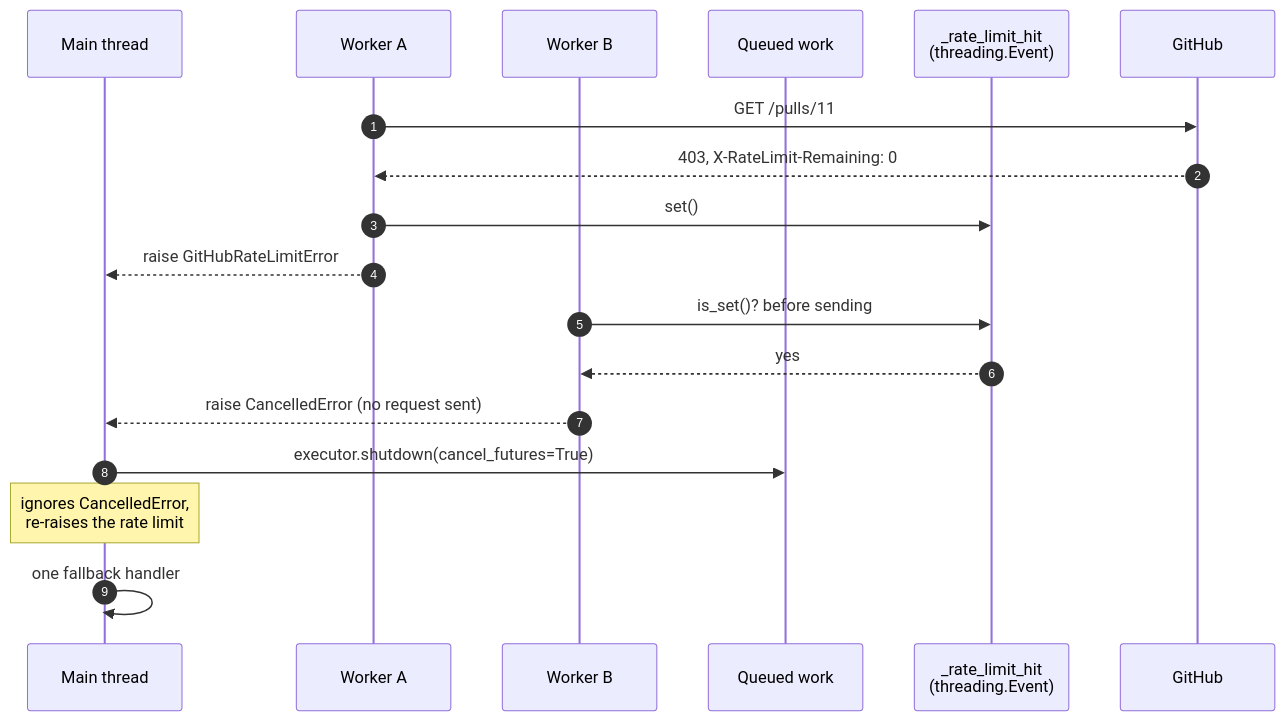
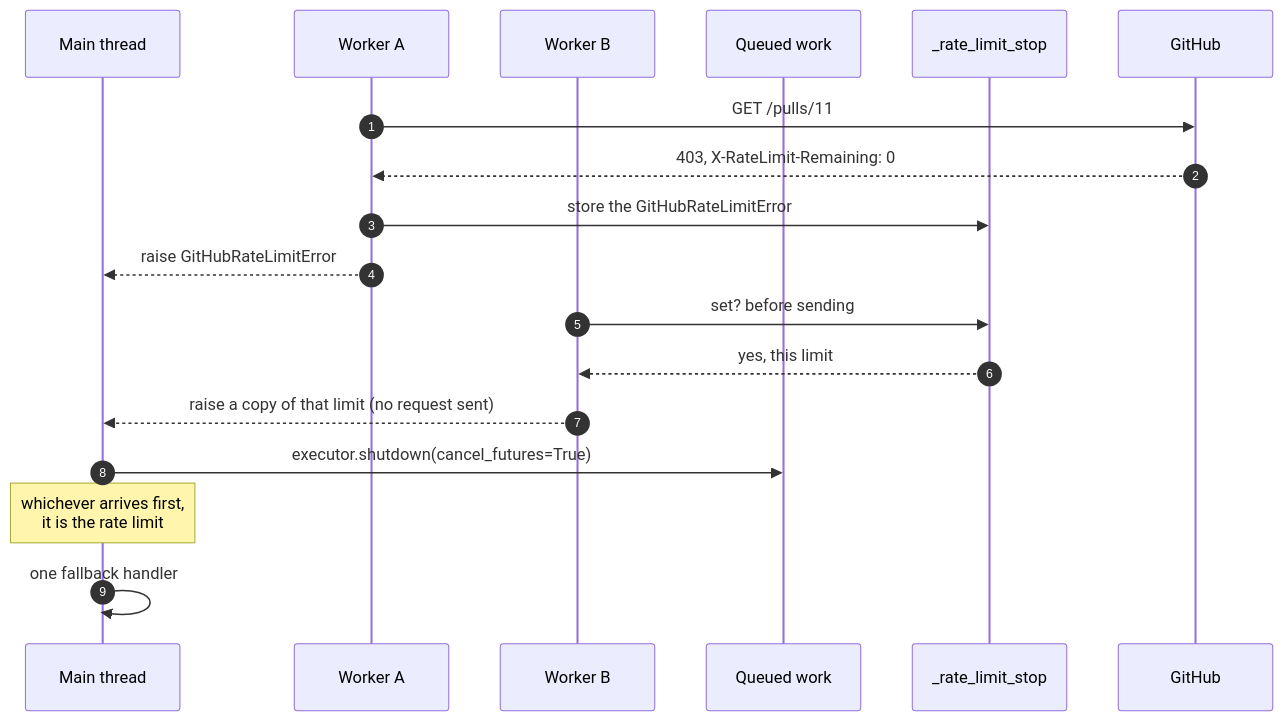
The second of 3 diagrams in docs/design/rate-limit-fallback.md (mrsixw/breakfast), drawn with Mermaid before and after one commit. The commit also changed other lines of this file and 6 other files, not shown here.

First line of the commit message:
fix: report a rate limit from every stopped worker

````diff
--- a/docs/design/rate-limit-fallback.md
+++ b/docs/design/rate-limit-fallback.md
@@ -111,21 +112,21 @@
 ```mermaid
 sequenceDiagram
     autonumber
     participant Main as Main thread
     participant A as Worker A
     participant B as Worker B
     participant Q as Queued work
-    participant Stop as _rate_limit_hit<br/>(threading.Event)
+    participant Stop as _rate_limit_stop
     participant GH as GitHub
 
     A->>GH: GET /pulls/11
     GH-->>A: 403, X-RateLimit-Remaining: 0
-    A->>Stop: set()
+    A->>Stop: store the GitHubRateLimitError
     A-->>Main: raise GitHubRateLimitError
-    B->>Stop: is_set()? before sending
-    Stop-->>B: yes
-    B-->>Main: raise CancelledError (no request sent)
+    B->>Stop: set? before sending
+    Stop-->>B: yes, this limit
+    B-->>Main: raise a copy of that limit (no request sent)
     Main->>Q: executor.shutdown(cancel_futures=True)
-    Note over Main: ignores CancelledError,<br/>re-raises the rate limit
+    Note over Main: whichever arrives first,<br/>it is the rate limit
     Main->>Main: one fallback handler
 ```
````
